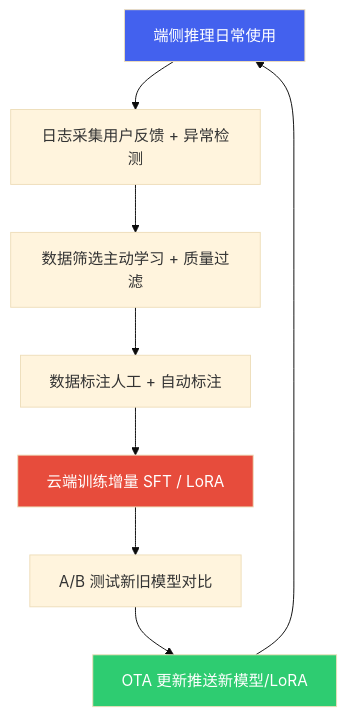
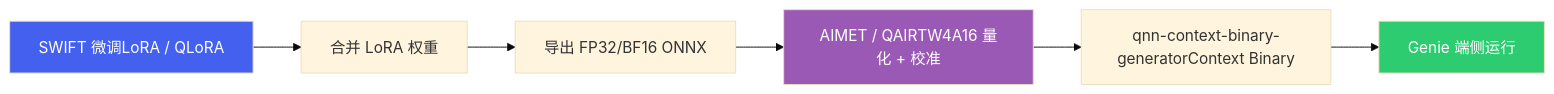
The fifth of 5 diagrams in cockpit/general/training.md (ranpin/edge-ai-docs), drawn with Mermaid (base theme) before and after one commit. The commit also changed other lines of this file and 13 other files, not shown here.

````diff
--- a/cockpit/general/training.md
+++ b/cockpit/general/training.md
@@ -540,14 +313,12 @@
 ```mermaid
-flowchart TB
-    A["端侧推理日常使用"] --> B["日志采集用户反馈 + 异常检测"]
-    B --> C["数据筛选主动学习 + 质量过滤"]
-    C --> D["数据标注人工 + 自动标注"]
-    D --> E["云端训练增量 SFT / LoRA"]
-    E --> F["A/B 测试新旧模型对比"]
-    F --> G["OTA 更新推送新模型/LoRA"]
-    G --> A
+flowchart LR
+    A["SWIFT 微调LoRA / QLoRA"] --> B["合并 LoRA 权重"]
+    B --> C["导出 FP32/BF16 ONNX"]
+    C --> D["AIMET / QAIRTW4A16 量化 + 校准"]
+    D --> E["qnn-context-binary-generatorContext Binary"]
+    E --> F["Genie 端侧运行"]
 
     style A fill:#4361ee,color:#fff
-    style E fill:#e74c3c,color:#fff
-    style G fill:#2ecc71,color:#fff
+    style D fill:#9b59b6,color:#fff
+    style F fill:#2ecc71,color:#fff
 ```
````
